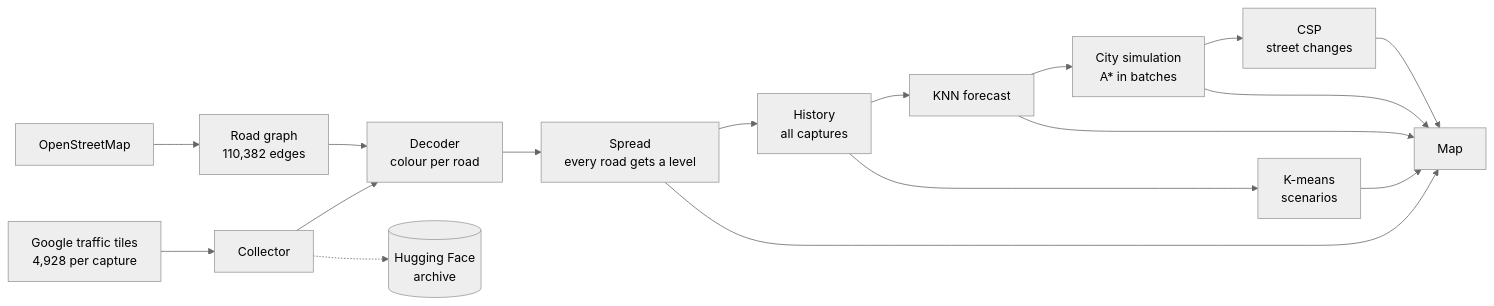
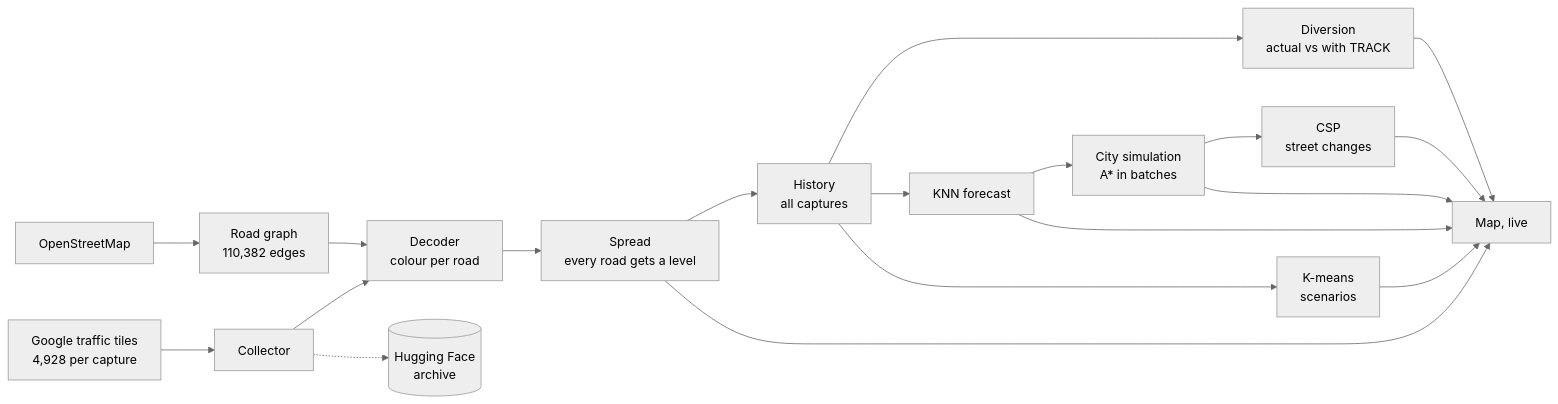
Before and after one commit to Cord1ess/TRACK: the diagram in README.md, drawn with Mermaid (neutral theme). The commit also changed other lines of this file and 4 other files, not shown here.

````diff
--- a/README.md
+++ b/README.md
@@ -85,15 +87,16 @@
 ```mermaid
 flowchart LR
   G[Google traffic tiles<br/>4,928 per capture] --> C[Collector]
   C --> D[Decoder<br/>colour per road]
   O[OpenStreetMap] --> R[Road graph<br/>110,382 edges]
   R --> D
   D --> S[Spread<br/>every road gets a level]
   S --> H[History<br/>all captures]
   H --> K[K-means<br/>scenarios]
   H --> F[KNN forecast]
   F --> A[City simulation<br/>A* in batches]
   A --> P[CSP<br/>street changes]
-  S & K & F & A & P --> M[Map]
+  H --> V[Diversion<br/>actual vs with TRACK]
+  S & K & F & A & P & V --> M[Map, live]
   C -.-> HF[(Hugging Face<br/>archive)]
 ```
````
